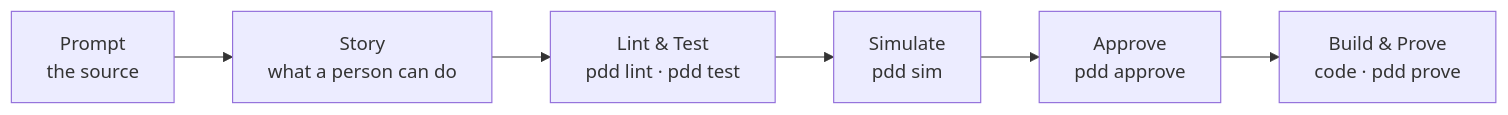
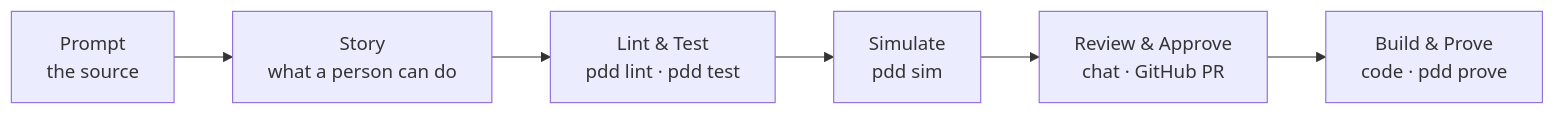
Before and after one commit to promptdriven/pdd: the diagram in README.md, drawn with Mermaid. The commit also changed other lines of this file and 54 other files, not shown here.

Commit message:
chore: remove pdd approve, strict_approvals, and unused Human Boundary Card (#3537, #3297)

````diff
--- a/README.md
+++ b/README.md
@@ -7,8 +7,8 @@
 ```mermaid
 flowchart LR
   P["Prompt<br/>the source"] --> S["Story<br/>what a person can do"]
   S --> L["Lint & Test<br/>pdd lint · pdd test"]
   L --> T["Simulate<br/>pdd sim"]
-  T --> A["Approve<br/>pdd approve"]
+  T --> A["Review & Approve<br/>chat · GitHub PR"]
   A --> K["Build & Prove<br/>code · pdd prove"]
 ```
````
